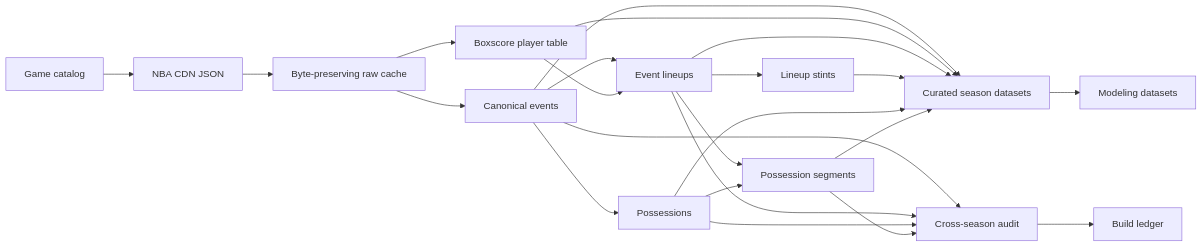
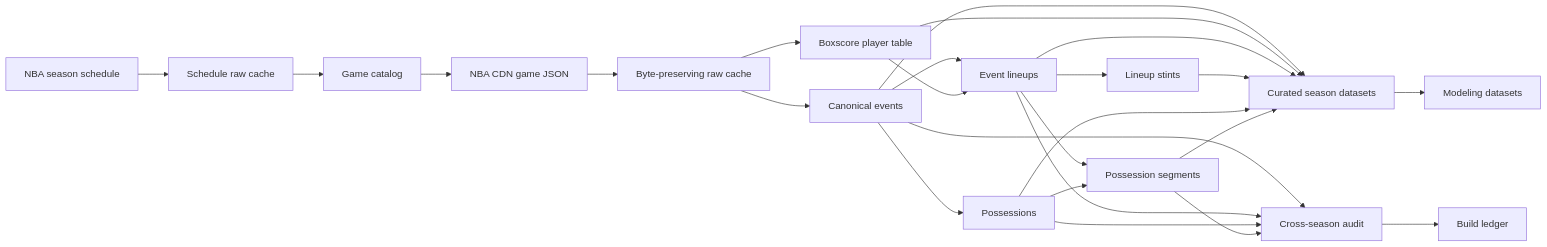
The diagram in docs/architecture/data-flow.md (EvanZ/nba-lineup-model), drawn with Mermaid before and after one commit. The commit also changed other lines of this file and 16 other files, not shown here.

Commit message:
Document direct NBA season schedule discovery

````diff
--- a/docs/architecture/data-flow.md
+++ b/docs/architecture/data-flow.md
@@ -3,25 +3,27 @@
 ```mermaid
 flowchart LR
-    CAT["Game catalog"] --> CDN["NBA CDN JSON"]
-    CDN["NBA CDN JSON"] --> RAW["Byte-preserving raw cache"]
+    SCHED["NBA season schedule"] --> SRAW["Schedule raw cache"]
+    SRAW --> CAT["Game catalog"]
+    CAT --> CDN["NBA CDN game JSON"]
+    CDN["NBA CDN game JSON"] --> RAW["Byte-preserving raw cache"]
     RAW --> EVT["Canonical events"]
     RAW --> BOX["Boxscore player table"]
     EVT --> LUP["Event lineups"]
     BOX --> LUP
     LUP --> STINT["Lineup stints"]
     EVT --> POSS["Possessions"]
     LUP --> SEG["Possession segments"]
     POSS --> SEG
     EVT --> AUDIT["Cross-season audit"]
     LUP --> AUDIT
     POSS --> AUDIT
     SEG --> AUDIT
     EVT --> CURATED["Curated season datasets"]
     BOX --> CURATED
     LUP --> CURATED
     STINT --> CURATED
     POSS --> CURATED
     SEG --> CURATED
     CURATED --> MODEL["Modeling datasets"]
     AUDIT --> LEDGER["Build ledger"]
 ```
````
